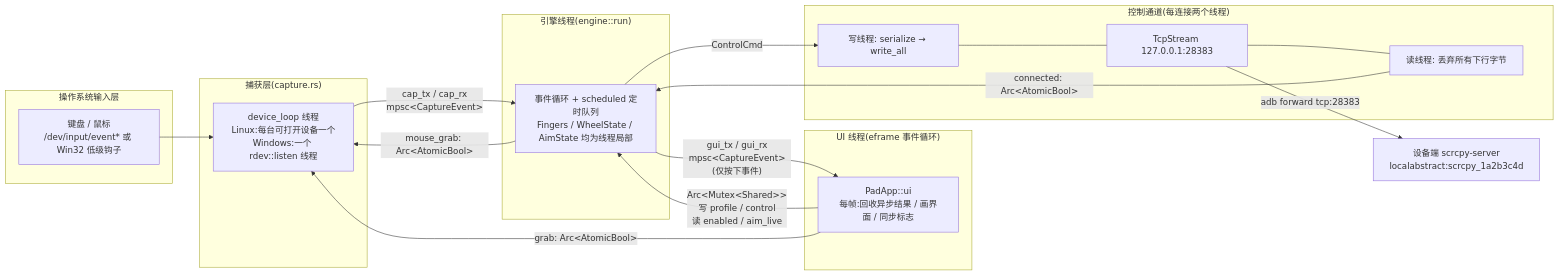
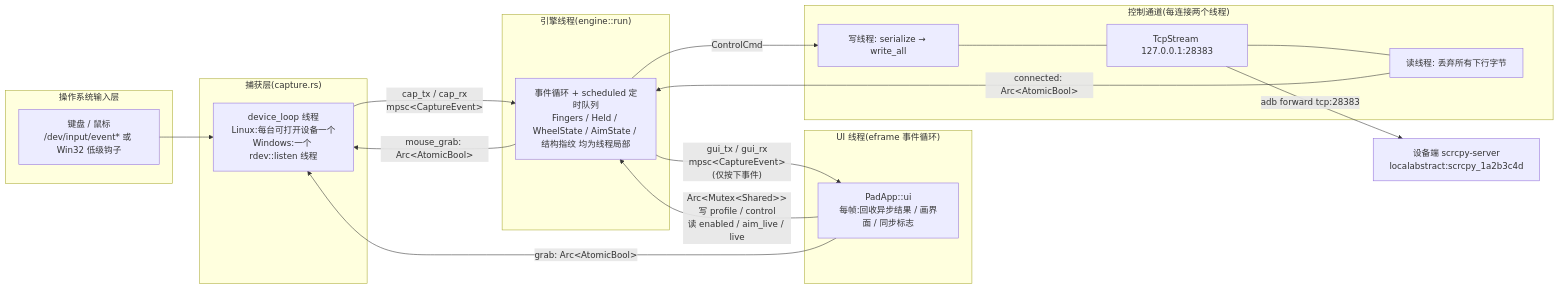
Before and after one commit to Azrl-lyh/scrcpy-pad: the second of 6 diagrams in 文档/文件与执行逻辑.md, drawn with Mermaid. The commit also changed other lines of this file and 15 other files, not shown here.

````diff
--- a/文档/文件与执行逻辑.md
+++ b/文档/文件与执行逻辑.md
@@ -308,33 +311,33 @@
 ```mermaid
 flowchart LR
     subgraph OS["操作系统输入层"]
         K["键盘 / 鼠标<br/>/dev/input/event* 或 Win32 低级钩子"]
     end
     subgraph CAP["捕获层(capture.rs)"]
         T1["device_loop 线程<br/>Linux:每台可打开设备一个<br/>Windows:一个 rdev::listen 线程"]
     end
     subgraph ENG["引擎线程(engine::run)"]
-        E["事件循环 + scheduled 定时队列<br/>Fingers / WheelState / AimState 均为线程局部"]
+        E["事件循环 + scheduled 定时队列<br/>Fingers / Held / WheelState / AimState / 结构指纹 均为线程局部"]
     end
     subgraph UI["UI 线程(eframe 事件循环)"]
         U["PadApp::ui<br/>每帧:回收异步结果 / 画界面 / 同步标志"]
     end
     subgraph NET["控制通道(每连接两个线程)"]
         W["写线程: serialize → write_all"]
         R["读线程: 丢弃所有下行字节"]
         S["TcpStream 127.0.0.1:28383"]
     end
     D["设备端 scrcpy-server<br/>localabstract:scrcpy_1a2b3c4d"]
 
     K --> T1
     T1 -- "cap_tx / cap_rx<br/>mpsc&lt;CaptureEvent&gt;" --> E
     E -- "gui_tx / gui_rx<br/>mpsc&lt;CaptureEvent&gt;(仅按下事件)" --> U
-    U -- "Arc&lt;Mutex&lt;Shared&gt;&gt;<br/>写 profile / control<br/>读 enabled / aim_live" --> E
+    U -- "Arc&lt;Mutex&lt;Shared&gt;&gt;<br/>写 profile / control<br/>读 enabled / aim_live / live" --> E
     E -- "mouse_grab: Arc&lt;AtomicBool&gt;" --> T1
     U -- "grab: Arc&lt;AtomicBool&gt;" --> T1
     E -- "ControlCmd" --> W
     W --- S
     S --- R
     R -- "connected: Arc&lt;AtomicBool&gt;" --> E
     S -- "adb forward tcp:28383" --> D
 ```
````
